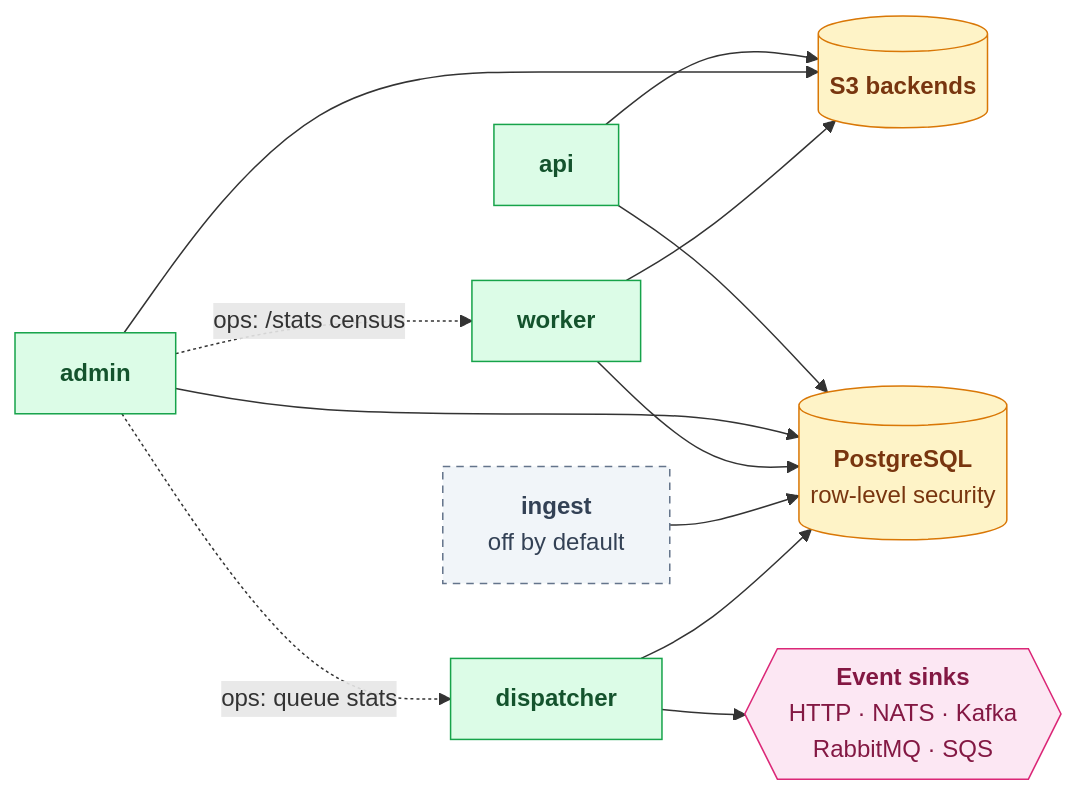
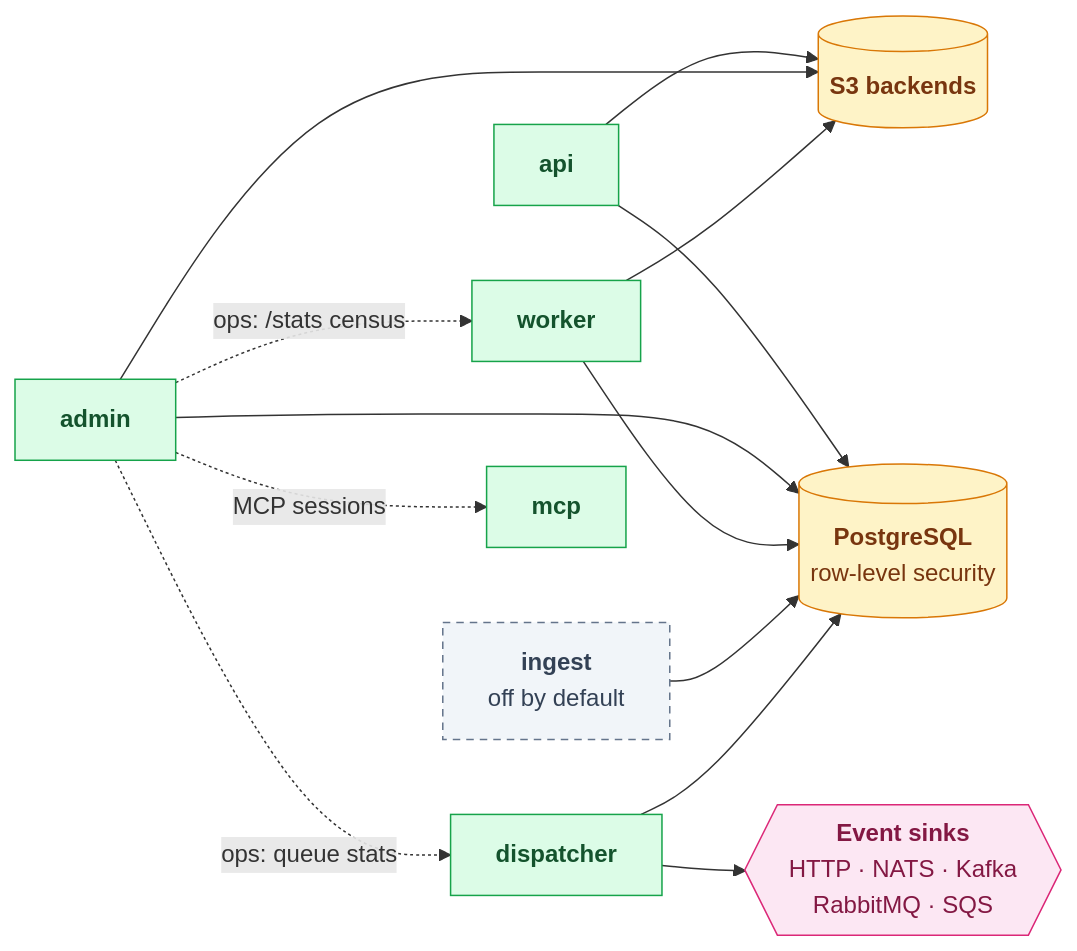
One commit to oleg-tkachuk/paladin changed the second of 3 diagrams in ARCHITECTURE.md. Above: the diagram before and after it, drawn with Mermaid. The commit also changed other lines of this file and 4 other files, not shown here.

Commit message:
docs(architecture): bring the architecture pages and their diagrams up to date with the code

````diff
--- a/ARCHITECTURE.md
+++ b/ARCHITECTURE.md
@@ -69,35 +70,37 @@
 ```mermaid
 flowchart LR
     api["<b>api</b>"]
     admin["<b>admin</b>"]
     worker["<b>worker</b>"]
     ingest["<b>ingest</b><br/>off by default"]
     dispatcher["<b>dispatcher</b>"]
+    mcp["<b>mcp</b>"]
 
     s3[("<b>S3 backends</b>")]
     pg[("<b>PostgreSQL</b><br/>row-level security")]
     sinks{{"<b>Event sinks</b><br/>HTTP · NATS · Kafka<br/>RabbitMQ · SQS"}}
 
     api --> s3
     admin --> s3
     worker --> s3
     api --> pg
     admin --> pg
     worker --> pg
     ingest --> pg
     dispatcher --> pg
     dispatcher --> sinks
     admin -. "ops: /stats census" .-> worker
     admin -. "ops: queue stats" .-> dispatcher
+    admin -. "MCP sessions" .-> mcp
 
     classDef client fill:#E0F2FE,stroke:#0284C7,color:#0C4A6E
     classDef ui fill:#EDE9FE,stroke:#7C3AED,color:#3B0764
     classDef role fill:#DCFCE7,stroke:#16A34A,color:#14532D
     classDef optional fill:#F1F5F9,stroke:#64748B,color:#334155,stroke-dasharray:5 4
     classDef store fill:#FEF3C7,stroke:#D97706,color:#78350F
     classDef external fill:#FCE7F3,stroke:#DB2777,color:#831843
-    class api,admin,worker,dispatcher role
+    class api,admin,worker,dispatcher,mcp role
     class ingest optional
     class pg,s3 store
     class sinks external
 ```
````
